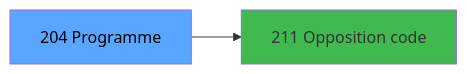
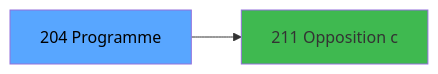
The third of 3 diagrams in .openspec/specs/ADH-IDE-204.md (thonyAGP/magic-migration), drawn with Mermaid before and after one commit. The commit also changed other lines of this file and 323 other files, not shown here.

````diff
--- a/.openspec/specs/ADH-IDE-204.md
+++ b/.openspec/specs/ADH-IDE-204.md
@@ -115,8 +127,8 @@
 ```mermaid
 graph LR
     T[204 Programme]
-    C211[211 Opposition code]
+    C211[211 Opposition c]
     T --> C211
     style T fill:#58a6ff,color:#000
     style C211 fill:#3fb950
 ```
````
